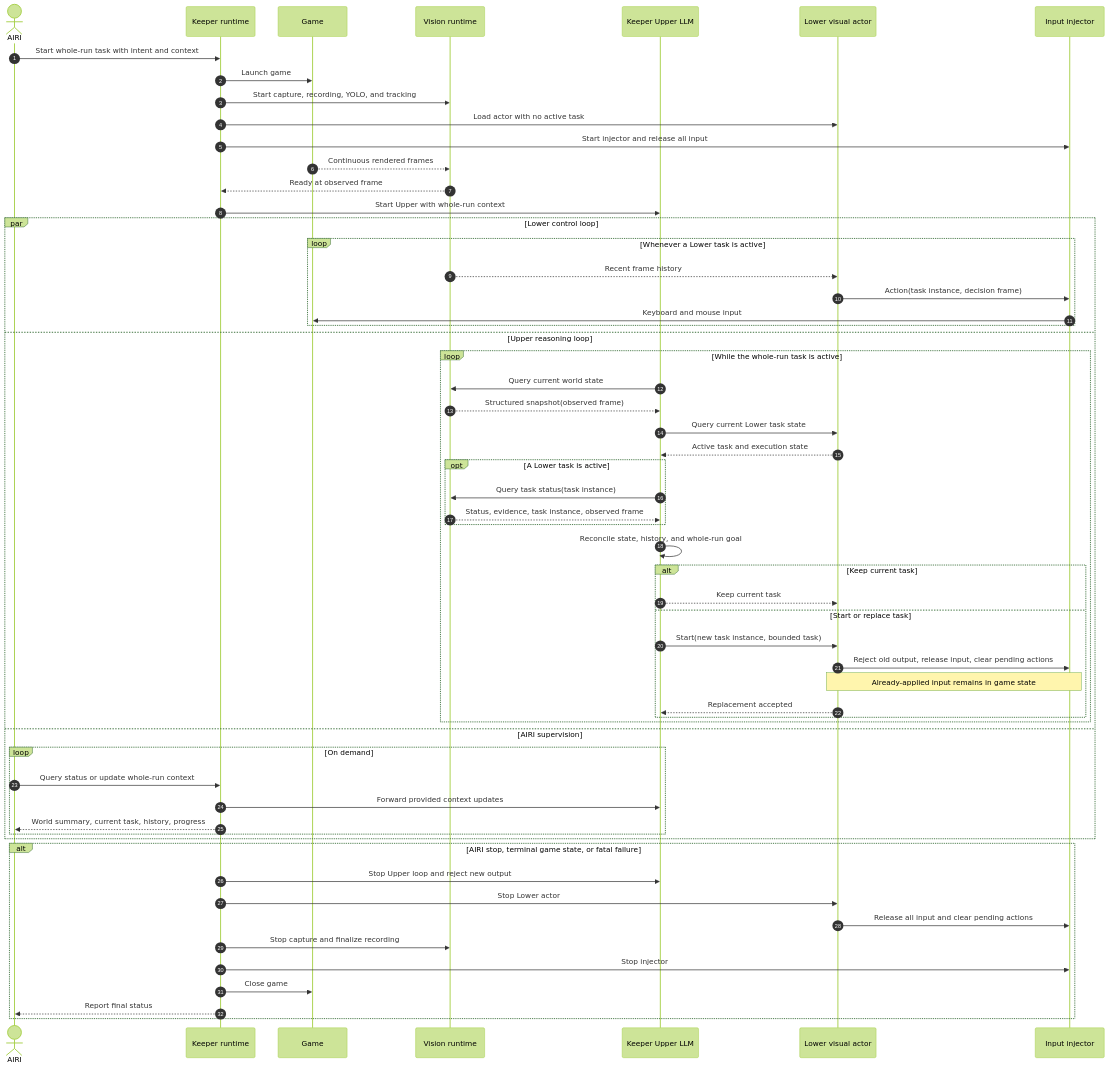
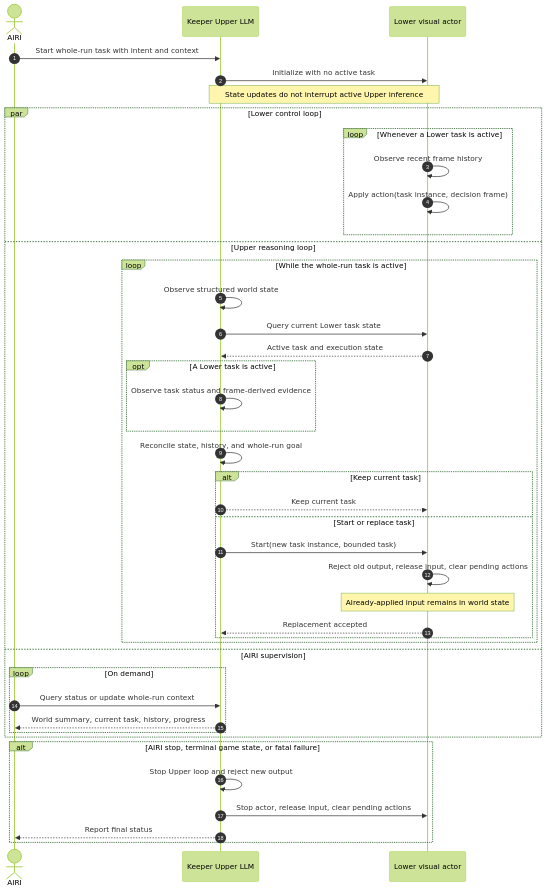
Before and after one commit to proj-airi/game-playing-ai-dome-keeper: the diagram in docs/decisions/0004-adopt-a-multi-timescale-gameplay-agent.md, drawn with Mermaid (forest theme). The commit also changed other lines of this file and 3 other files, not shown here.

Commit message:
chore: simplify mermaid

````diff
--- a/docs/decisions/0004-adopt-a-multi-timescale-gameplay-agent.md
+++ b/docs/decisions/0004-adopt-a-multi-timescale-gameplay-agent.md
@@ -49,64 +57,47 @@
 ```mermaid
 sequenceDiagram
   autonumber
   actor AIRI
-  participant K as Keeper runtime
-  participant G as Game
-  participant V as Vision runtime
   participant U as Keeper Upper LLM
   participant L as Lower visual actor
-  participant I as Input injector
 
-  AIRI->>K: Start whole-run task with intent and context
-  K->>G: Launch game
-  K->>V: Start capture, recording, YOLO, and tracking
-  K->>L: Load actor with no active task
-  K->>I: Start injector and release all input
-  G-->>V: Continuous rendered frames
-  V-->>K: Ready at observed frame
-  K->>U: Start Upper with whole-run context
+  AIRI->>U: Start whole-run task with intent and context
+  U->>L: Initialize with no active task
+  Note over U,L: State updates do not interrupt active Upper inference
 
   par Lower control loop
     loop Whenever a Lower task is active
-      V-->>L: Recent frame history
-      L->>I: Action(task instance, decision frame)
-      I->>G: Keyboard and mouse input
+      L->>L: Observe recent frame history
+      L->>L: Apply action(task instance, decision frame)
     end
   and Upper reasoning loop
     loop While the whole-run task is active
-      U->>V: Query current world state
-      V-->>U: Structured snapshot(observed frame)
+      U->>U: Observe structured world state
       U->>L: Query current Lower task state
       L-->>U: Active task and execution state
       opt A Lower task is active
-        U->>V: Query task status(task instance)
-        V-->>U: Status, evidence, task instance, observed frame
+        U->>U: Observe task status and frame-derived evidence
       end
       U->>U: Reconcile state, history, and whole-run goal
       alt Keep current task
         U-->>L: Keep current task
       else Start or replace task
         U->>L: Start(new task instance, bounded task)
-        L->>I: Reject old output, release input, clear pending actions
-        Note over L,I: Already-applied input remains in game state
+        L->>L: Reject old output, release input, clear pending actions
+        Note over L: Already-applied input remains in world state
         L-->>U: Replacement accepted
       end
     end
   and AIRI supervision
     loop On demand
-      AIRI->>K: Query status or update whole-run context
-      K->>U: Forward provided context updates
-      K-->>AIRI: World summary, current task, history, progress
+      AIRI->>U: Query status or update whole-run context
+      U-->>AIRI: World summary, current task, history, progress
     end
   end
 
   alt AIRI stop, terminal game state, or fatal failure
-    K->>U: Stop Upper loop and reject new output
-    K->>L: Stop Lower actor
-    L->>I: Release all input and clear pending actions
-    K->>V: Stop capture and finalize recording
-    K->>I: Stop injector
-    K->>G: Close game
-    K-->>AIRI: Report final status
+    U->>U: Stop Upper loop and reject new output
+    U->>L: Stop actor, release input, clear pending actions
+    U-->>AIRI: Report final status
   end
 ```
````
